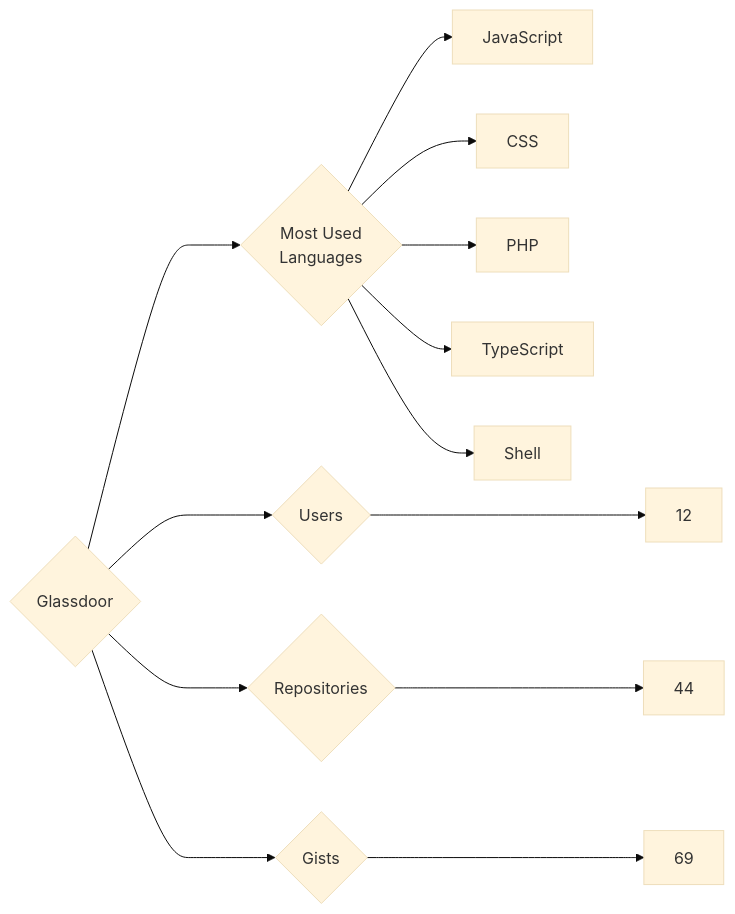
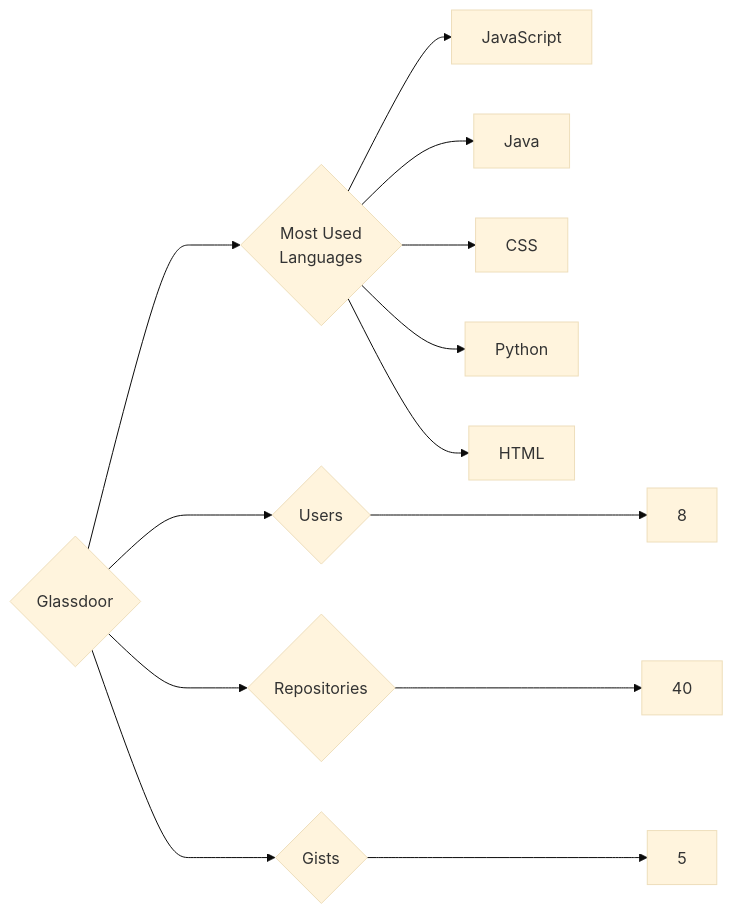
Before and after one commit to trickest/insiders: the diagram in targets/Glassdoor/README.md, drawn with Mermaid (base theme). The commit also changed 736 other files, not shown here.

````diff
--- a/targets/Glassdoor/README.md
+++ b/targets/Glassdoor/README.md
@@ -3,13 +3,13 @@
 ```mermaid
 graph LR
 COMPANY_NAME{Glassdoor}
-COMPANY_NAME ---> U{Users} ---> UN[12]
-COMPANY_NAME ---> R{Repositories} ---> RN[44]
-COMPANY_NAME ---> G{Gists} ---> GN[69]
+COMPANY_NAME ---> U{Users} ---> UN[8]
+COMPANY_NAME ---> R{Repositories} ---> RN[40]
+COMPANY_NAME ---> G{Gists} ---> GN[5]
 COMPANY_NAME ---> ML{Most Used<br>Languages}
 ML --> JavaScript[JavaScript]
+ML --> Java[Java]
 ML --> CSS[CSS]
-ML --> PHP[PHP]
-ML --> TypeScript[TypeScript]
-ML --> Shell[Shell]
+ML --> Python[Python]
+ML --> HTML[HTML]
 ```
````
